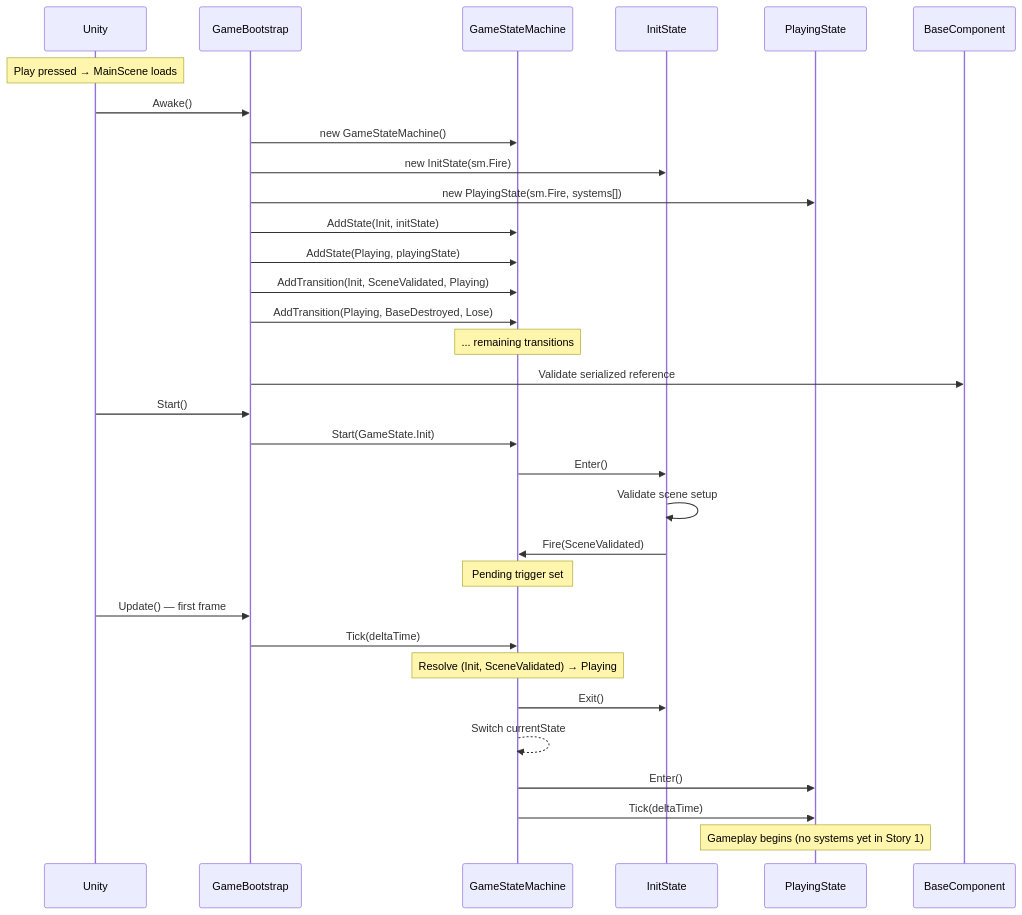
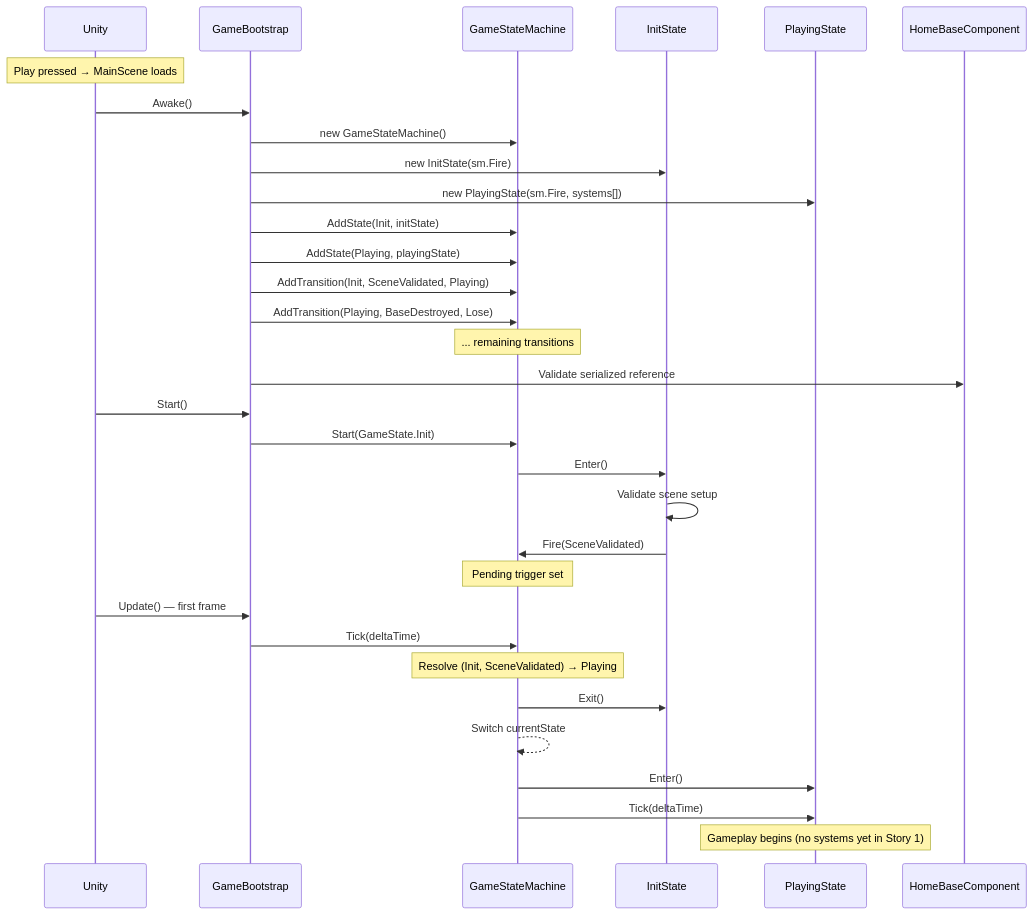
Before and after one commit to Number10Ox/MorlocsTowerDefense: the third of 5 diagrams in Docs/Architecture-Diagrams.md, drawn with Mermaid. The commit also changed other lines of this file and 2 other files, not shown here.

First line of the commit message:
Rename BaseComponent to HomeBaseComponent, update coding guidelines

````diff
--- a/Docs/Architecture-Diagrams.md
+++ b/Docs/Architecture-Diagrams.md
@@ -144,40 +144,40 @@
 ```mermaid
 sequenceDiagram
     participant Unity
     participant Bootstrap as GameBootstrap
     participant SM as GameStateMachine
     participant Init as InitState
     participant Playing as PlayingState
-    participant Base as BaseComponent
+    participant Base as HomeBaseComponent
 
     Note over Unity: Play pressed → MainScene loads
 
     Unity->>Bootstrap: Awake()
     Bootstrap->>SM: new GameStateMachine()
     Bootstrap->>Init: new InitState(sm.Fire)
     Bootstrap->>Playing: new PlayingState(sm.Fire, systems[])
     Bootstrap->>SM: AddState(Init, initState)
     Bootstrap->>SM: AddState(Playing, playingState)
     Bootstrap->>SM: AddTransition(Init, SceneValidated, Playing)
     Bootstrap->>SM: AddTransition(Playing, BaseDestroyed, Lose)
     Note over SM: ... remaining transitions
     Bootstrap->>Base: Validate serialized reference
 
     Unity->>Bootstrap: Start()
     Bootstrap->>SM: Start(GameState.Init)
     SM->>Init: Enter()
     Init->>Init: Validate scene setup
     Init->>SM: Fire(SceneValidated)
 
     Note over SM: Pending trigger set
 
     Unity->>Bootstrap: Update() — first frame
     Bootstrap->>SM: Tick(deltaTime)
     Note over SM: Resolve (Init, SceneValidated) → Playing
     SM->>Init: Exit()
     SM-->>SM: Switch currentState
     SM->>Playing: Enter()
     SM->>Playing: Tick(deltaTime)
 
     Note over Playing: Gameplay begins (no systems yet in Story 1)
 ```
````
